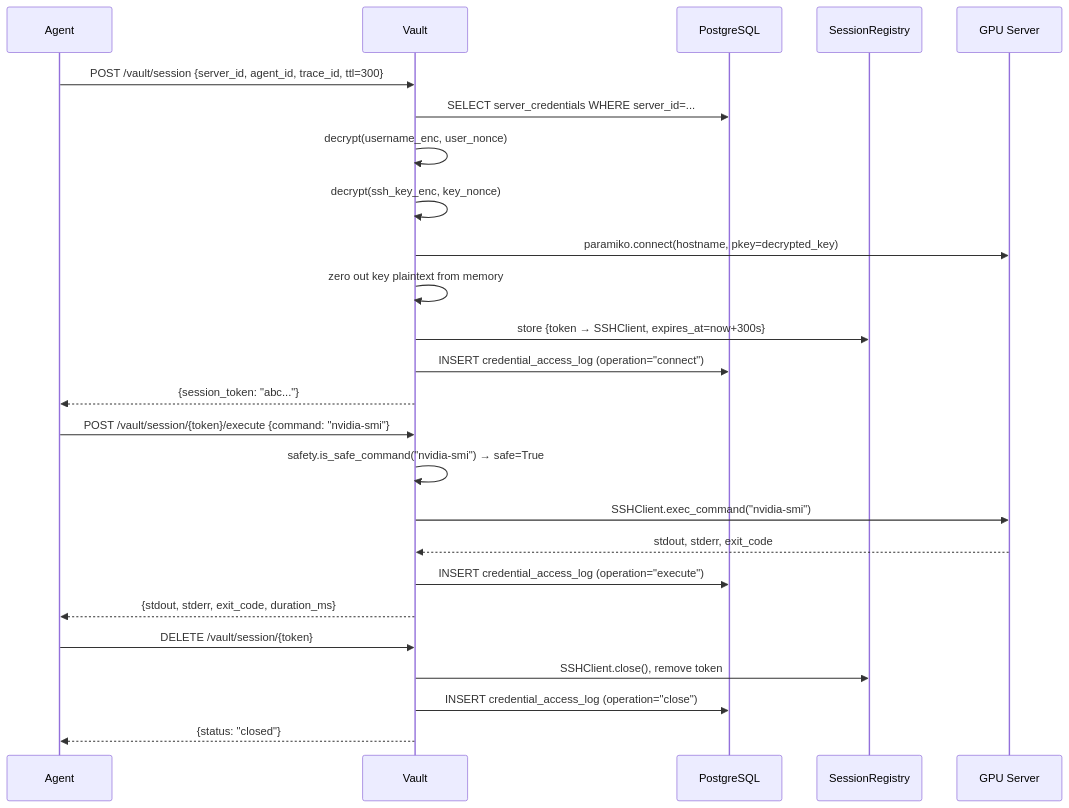
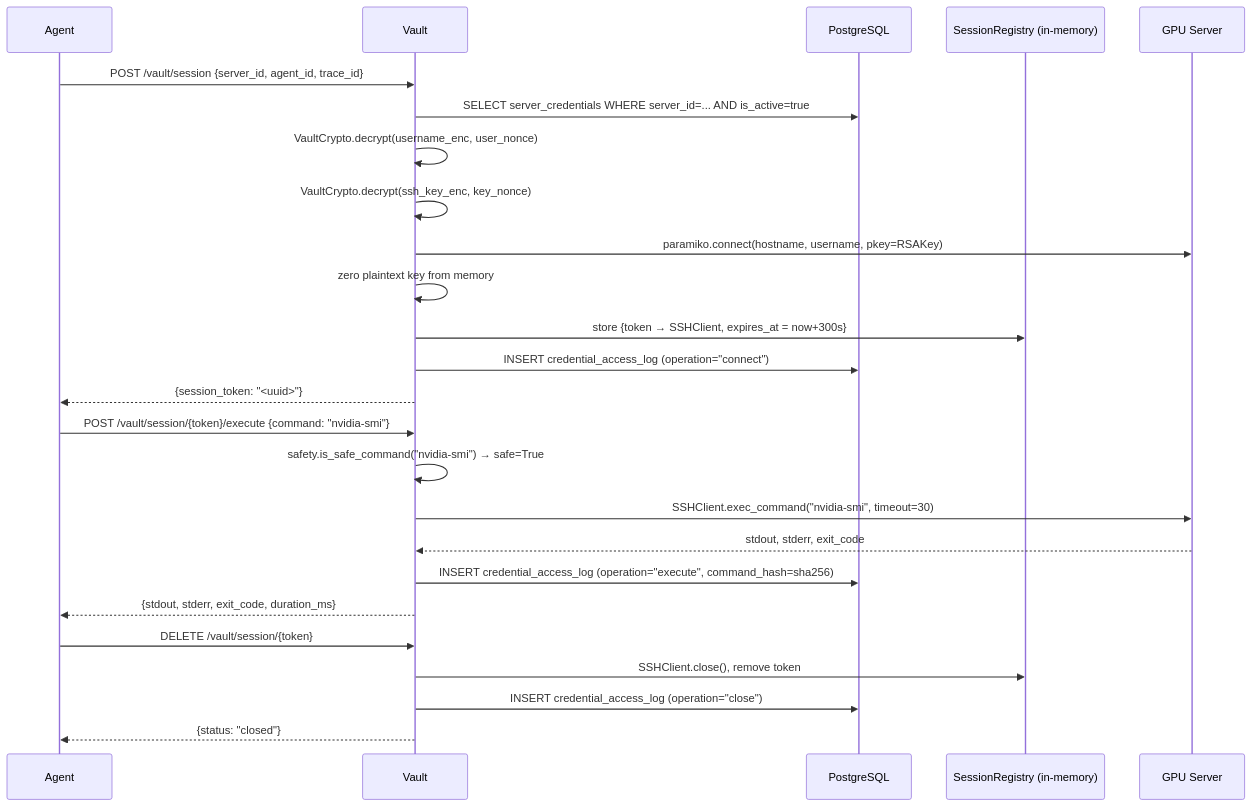
Before and after one commit to MT121201/SentinelMAS: the second of 4 diagrams in services/ssh-vault/README.md, drawn with Mermaid. The commit also changed other lines of this file and 2 other files, not shown here.

First line of the commit message:
docs: two-tier READMEs for ssh-vault, api-gateway, shared (Phase 1-2 retroactive)

````diff
--- a/services/ssh-vault/README.md
+++ b/services/ssh-vault/README.md
@@ -44,30 +83,30 @@
 ```mermaid
 sequenceDiagram
     participant Agent
     participant Vault
     participant DB as PostgreSQL
-    participant Registry as SessionRegistry
+    participant Registry as SessionRegistry (in-memory)
     participant Server as GPU Server
 
-    Agent->>Vault: POST /vault/session {server_id, agent_id, trace_id, ttl=300}
-    Vault->>DB: SELECT server_credentials WHERE server_id=...
-    Vault->>Vault: decrypt(username_enc, user_nonce)
-    Vault->>Vault: decrypt(ssh_key_enc, key_nonce)
-    Vault->>Server: paramiko.connect(hostname, pkey=decrypted_key)
-    Vault->>Vault: zero out key plaintext from memory
-    Vault->>Registry: store {token → SSHClient, expires_at=now+300s}
+    Agent->>Vault: POST /vault/session {server_id, agent_id, trace_id}
+    Vault->>DB: SELECT server_credentials WHERE server_id=... AND is_active=true
+    Vault->>Vault: VaultCrypto.decrypt(username_enc, user_nonce)
+    Vault->>Vault: VaultCrypto.decrypt(ssh_key_enc, key_nonce)
+    Vault->>Server: paramiko.connect(hostname, username, pkey=RSAKey)
+    Vault->>Vault: zero plaintext key from memory
+    Vault->>Registry: store {token → SSHClient, expires_at = now+300s}
     Vault->>DB: INSERT credential_access_log (operation="connect")
-    Vault-->>Agent: {session_token: "abc..."}
+    Vault-->>Agent: {session_token: "<uuid>"}
 
     Agent->>Vault: POST /vault/session/{token}/execute {command: "nvidia-smi"}
     Vault->>Vault: safety.is_safe_command("nvidia-smi") → safe=True
-    Vault->>Server: SSHClient.exec_command("nvidia-smi")
+    Vault->>Server: SSHClient.exec_command("nvidia-smi", timeout=30)
     Server-->>Vault: stdout, stderr, exit_code
-    Vault->>DB: INSERT credential_access_log (operation="execute")
+    Vault->>DB: INSERT credential_access_log (operation="execute", command_hash=sha256)
     Vault-->>Agent: {stdout, stderr, exit_code, duration_ms}
 
     Agent->>Vault: DELETE /vault/session/{token}
     Vault->>Registry: SSHClient.close(), remove token
     Vault->>DB: INSERT credential_access_log (operation="close")
     Vault-->>Agent: {status: "closed"}
 ```
````
